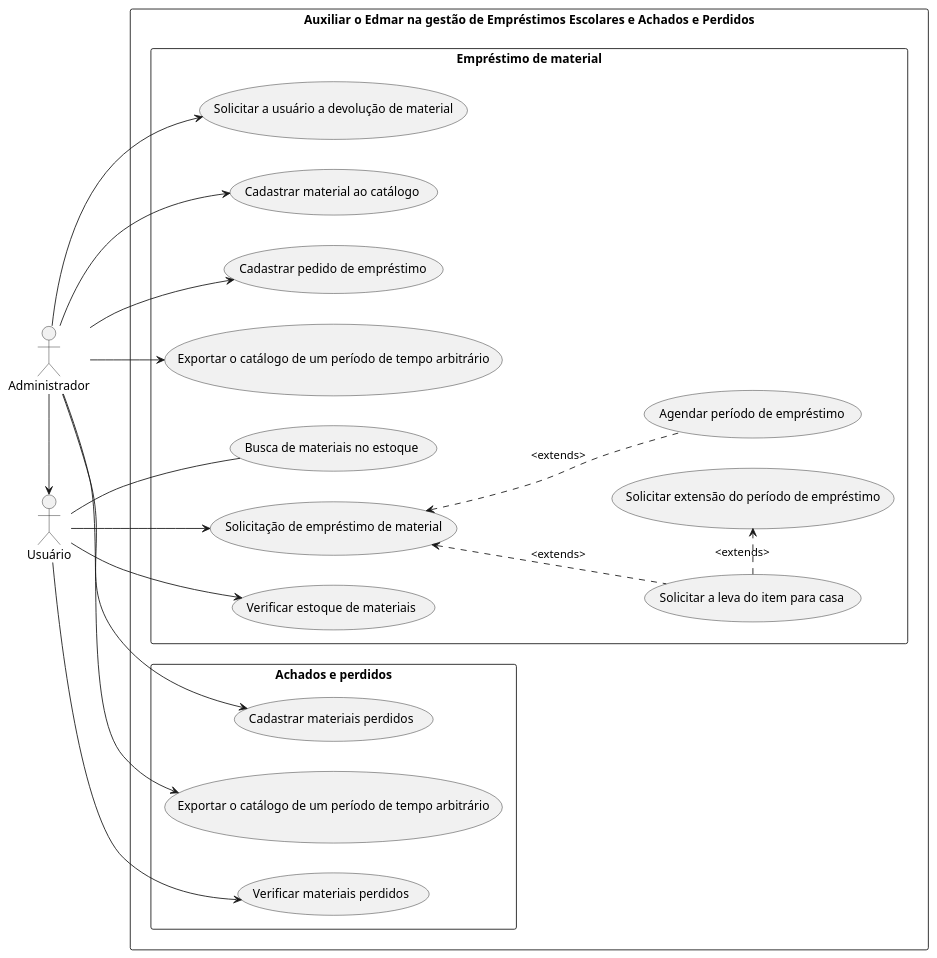
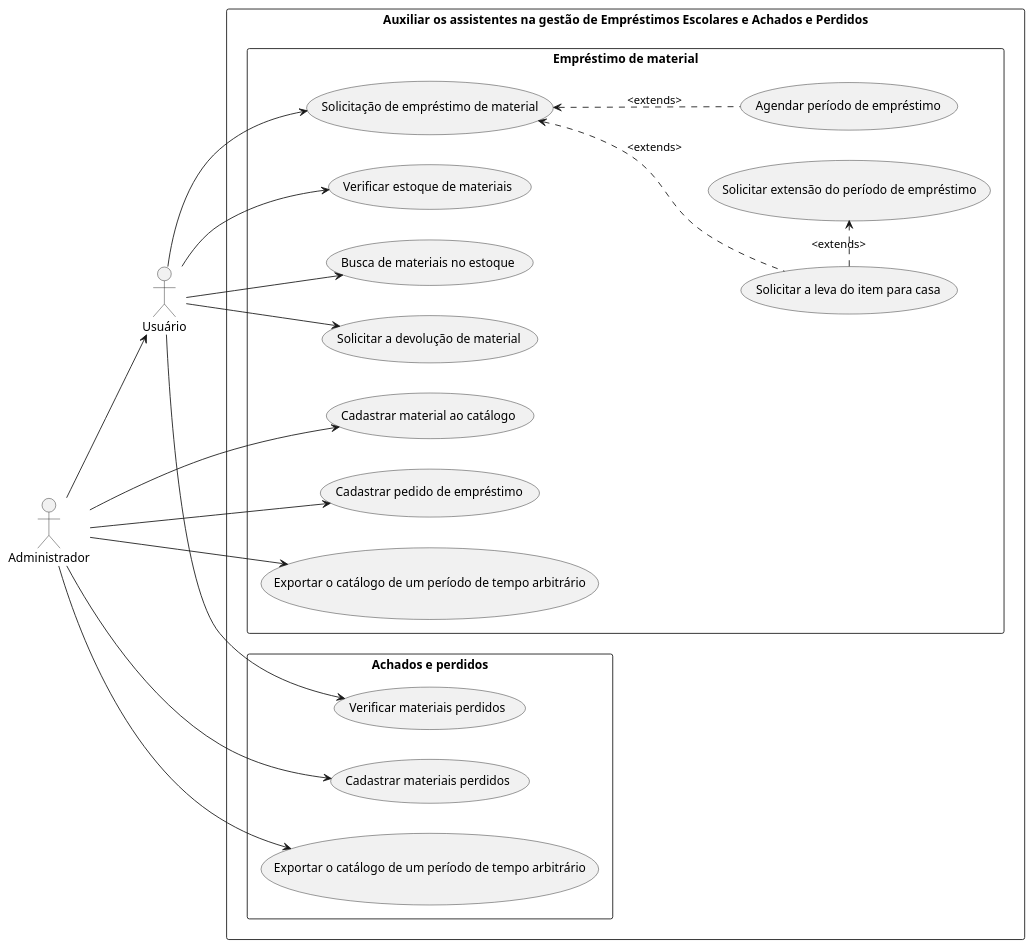
One commit to danielalvesmoura/APS-Compartilhado changed the diagram in diagramaDeCasoDeUso.puml. Above: the diagram before and after it, drawn with PlantUML.

Commit message:
Atualizou caso de Uso

```diff
--- a/diagramaDeCasoDeUso.puml
+++ b/diagramaDeCasoDeUso.puml
@@ -1,51 +1,51 @@
 @startuml usecase
 skinparam actorPosition left
 left to right direction
 
 actor "Usuário" as user
 actor "Administrador" as admi
 
-rectangle "Auxiliar o Edmar na gestão de Empréstimos Escolares e Achados e Perdidos" {
+rectangle "Auxiliar os assistentes na gestão de Empréstimos Escolares e Achados e Perdidos" {
     rectangle "Empréstimo de material" {
         usecase "Solicitação de empréstimo de material" as caso01
         usecase "Solicitar extensão do período de empréstimo" as caso02
         usecase "Solicitar a leva do item para casa" as caso03
         usecase "Agendar período de empréstimo" as caso04
 
         usecase "Verificar estoque de materiais" as caso05
         usecase "Busca de materiais no estoque" as caso06
 
-        usecase "Solicitar a usuário a devolução de material" as caso07
+        usecase "Solicitar a devolução de material" as caso07
         usecase "Cadastrar material ao catálogo" as caso08
         usecase "Cadastrar pedido de empréstimo" as caso09
         usecase "Exportar o catálogo de um período de tempo arbitrário" as caso0a
 
         caso01 <.. caso04:<extends>
         caso01 <.. caso03:<extends>
         caso03 .> caso02:<extends>
         
     }
 
     rectangle "Achados e perdidos" {
         usecase "Verificar materiais perdidos" as caso11
         usecase "Cadastrar materiais perdidos" as caso12
         usecase "Exportar o catálogo de um período de tempo arbitrário" as caso13
 
     }
     user --> caso01
     user --> caso05
-    user --caso06
+    user --> caso06
     user --> caso11
+    user --> caso07
 
-    admi -> user
+    admi --> user
 
-    admi --> caso07
     admi --> caso08
     admi --> caso09
     admi --> caso0a
     admi --> caso12
     admi --> caso13
 
 
 }
 @enduml
```
